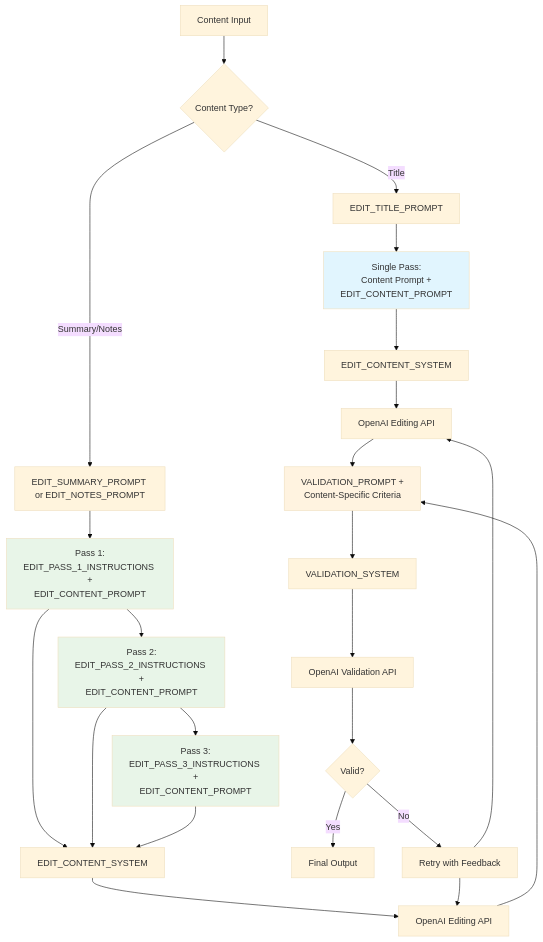
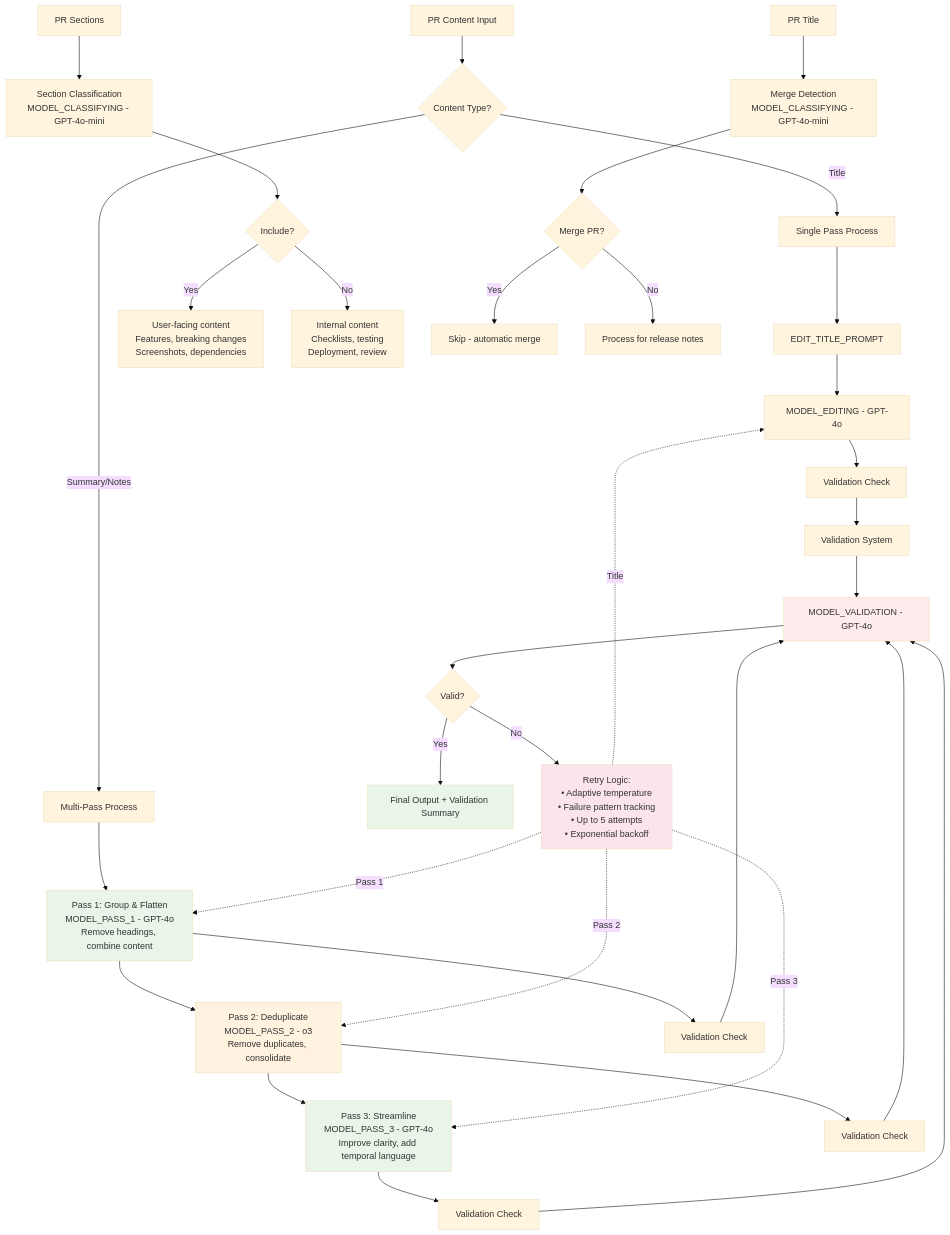
Before and after one commit to validmind/release-notes: the diagram in README.md, drawn with Mermaid (base theme). The commit also changed other lines of this file and 1 other file, not shown here.

Commit message:
Improve description of how editing and validation work

````diff
--- a/README.md
+++ b/README.md
@@ -38,37 +52,55 @@
 ```mermaid
 graph TD
-    A[Content Input] --> B{Content Type?}
-    B -->|Title| C[EDIT_TITLE_PROMPT]
-    B -->|Summary/Notes| D[EDIT_SUMMARY_PROMPT or EDIT_NOTES_PROMPT]
+    A[PR Content Input] --> B{Content Type?}
+    B -->|Title| C[Single Pass Process]
+    B -->|Summary/Notes| D[Multi-Pass Process]
     
-    C --> E["Single Pass:<br/>Content Prompt +<br/>EDIT_CONTENT_PROMPT"]
-    D --> F["Pass 1:<br/>EDIT_PASS_1_INSTRUCTIONS +<br/>EDIT_CONTENT_PROMPT"]
-    F --> G["Pass 2:<br/>EDIT_PASS_2_INSTRUCTIONS +<br/>EDIT_CONTENT_PROMPT"] 
-    G --> H["Pass 3:<br/>EDIT_PASS_3_INSTRUCTIONS +<br/>EDIT_CONTENT_PROMPT"]
+    %% Single Pass for Titles
+    C --> C1[EDIT_TITLE_PROMPT]
+    C1 --> C2[MODEL_EDITING - GPT-4o]
+    C2 --> C3[Validation Check]
     
-    E --> I[EDIT_CONTENT_SYSTEM]
-    F --> J[EDIT_CONTENT_SYSTEM]
-    G --> J
-    H --> J
+    %% Multi-Pass for Summary/Notes  
+    D --> D1["Pass 1: Group & Flatten<br/>MODEL_PASS_1 - GPT-4o<br/>Remove headings, combine content"]
+    D1 --> D2["Pass 2: Deduplicate<br/>MODEL_PASS_2 - o3<br/>Remove duplicates, consolidate"]
+    D2 --> D3["Pass 3: Streamline<br/>MODEL_PASS_3 - GPT-4o<br/>Improve clarity, add temporal language"]
     
-    I --> K[OpenAI Editing API]
-    J --> L[OpenAI Editing API]
+    %% Validation Process
+    C3 --> V[Validation System]
+    D1 --> V1[Validation Check]
+    D2 --> V2[Validation Check] 
+    D3 --> V3[Validation Check]
+    V --> V4[MODEL_VALIDATION - GPT-4o]
+    V1 --> V4
+    V2 --> V4
+    V3 --> V4
     
-    K --> M["VALIDATION_PROMPT +<br/>Content-Specific Criteria"]
-    L --> M
+    V4 --> V5{Valid?}
+    V5 -->|Yes| SUCCESS[Final Output + Validation Summary]
+    V5 -->|No| RETRY["Retry Logic:<br/>• Adaptive temperature<br/>• Failure pattern tracking<br/>• Up to 5 attempts<br/>• Exponential backoff"]
     
-    M --> N[VALIDATION_SYSTEM]
-    N --> O[OpenAI Validation API]
+    %% Retry flows back to appropriate editing step
+    RETRY -.->|Title| C2
+    RETRY -.->|Pass 1| D1  
+    RETRY -.->|Pass 2| D2
+    RETRY -.->|Pass 3| D3
     
-    O --> P{Valid?}
-    P -->|Yes| Q[Final Output]
-    P -->|No| R[Retry with Feedback]
-    R --> K
-    R --> L
+    %% Parallel Classification Processes
+    E[PR Sections] --> F[Section Classification<br/>MODEL_CLASSIFYING - GPT-4o-mini]
+    F --> F1{Include?}
+    F1 -->|Yes| INCLUDE[User-facing content<br/>Features, breaking changes<br/>Screenshots, dependencies]
+    F1 -->|No| EXCLUDE[Internal content<br/>Checklists, testing<br/>Deployment, review]
     
-    style E fill:#e1f5fe
-    style F fill:#e8f5e8
-    style G fill:#e8f5e8
-    style H fill:#e8f5e8
-    style M fill:#fff3e0
+    G[PR Title] --> H[Merge Detection<br/>MODEL_CLASSIFYING - GPT-4o-mini]  
+    H --> H1{Merge PR?}
+    H1 -->|Yes| SKIP[Skip - automatic merge]
+    H1 -->|No| PROCESS[Process for release notes]
+    
+    %% Styling
+    style D1 fill:#e8f5e8
+    style D2 fill:#fff3e0  
+    style D3 fill:#e8f5e8
+    style V4 fill:#ffebee
+    style RETRY fill:#fce4ec
+    style SUCCESS fill:#e8f5e8
 ```
````
